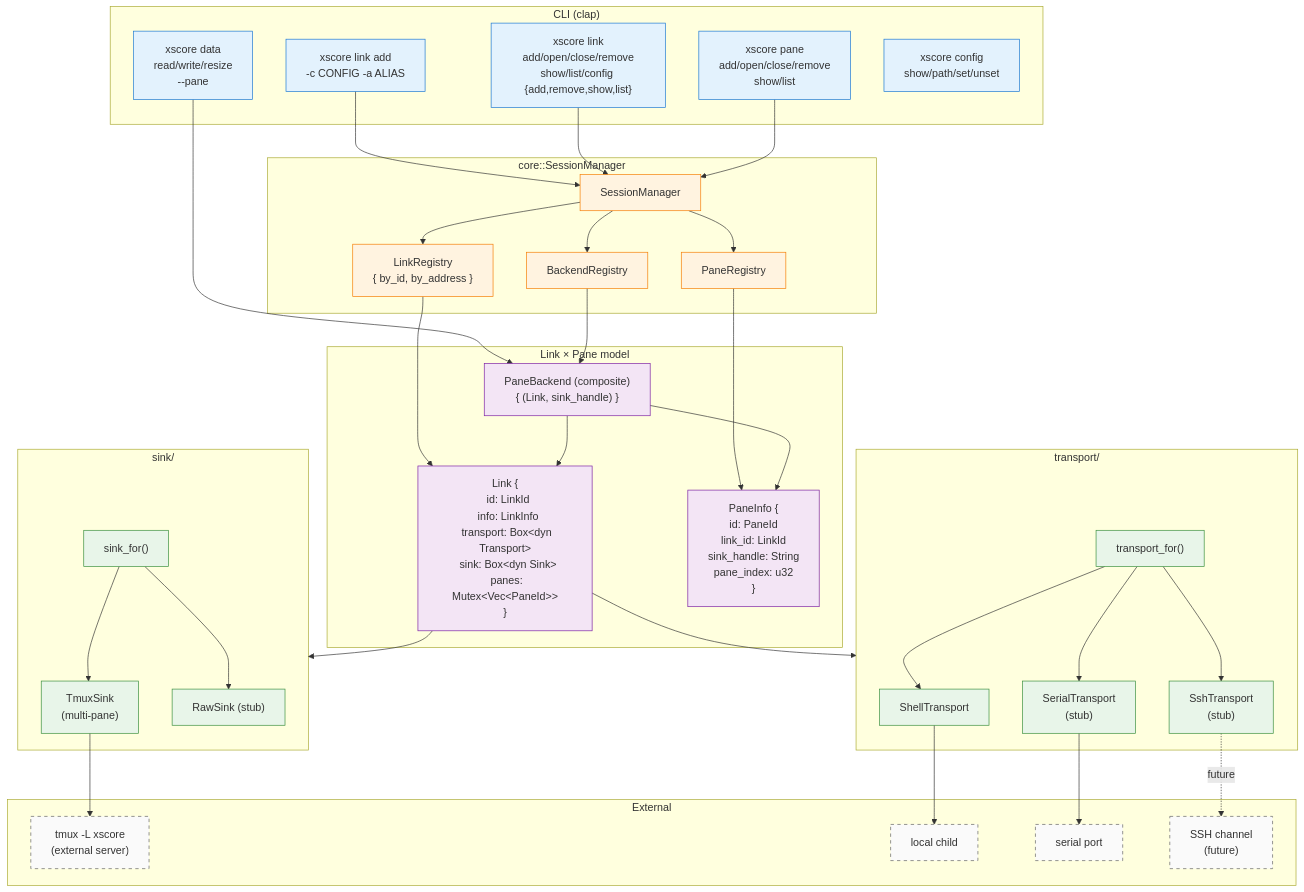
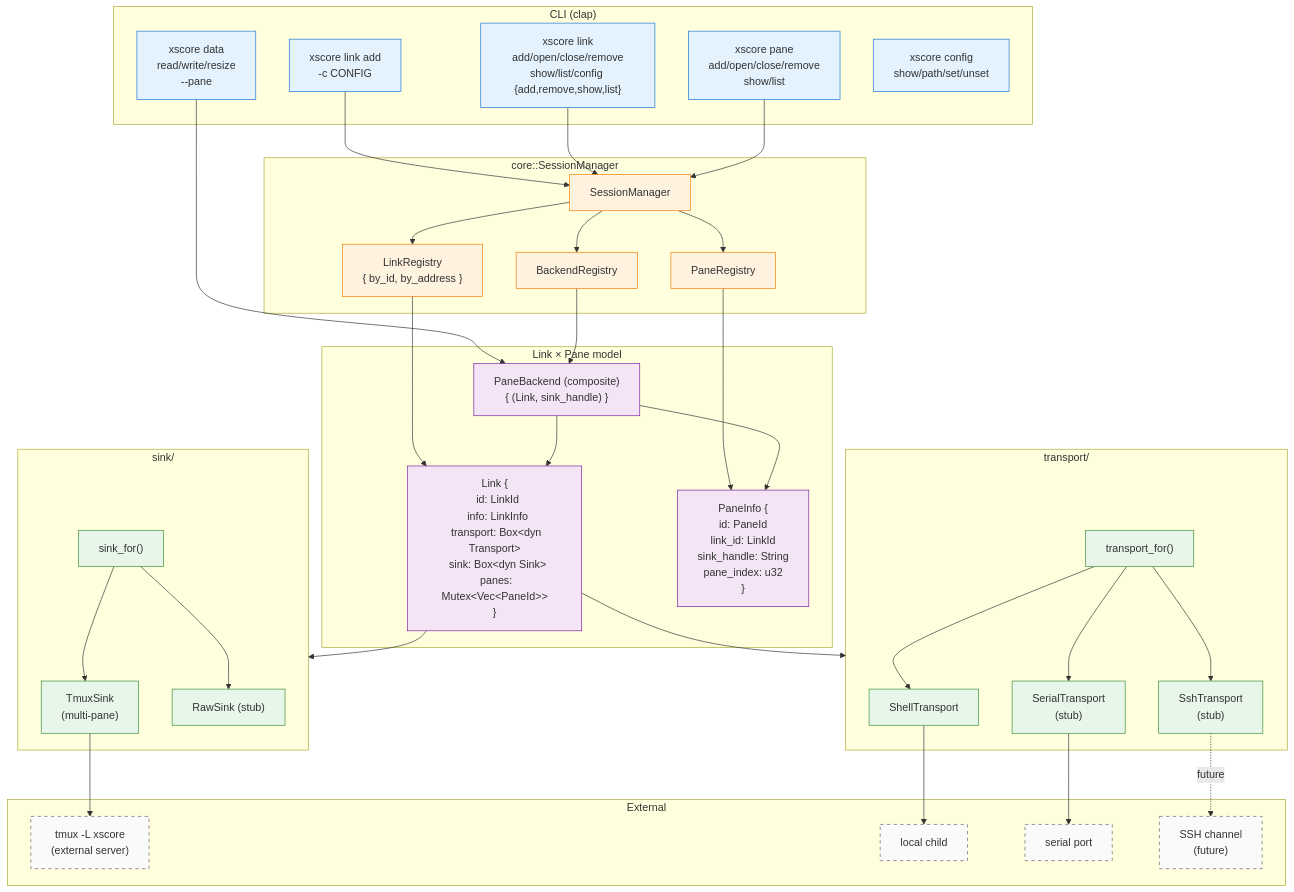
Before and after one commit to xiaoshan1234/xscore: the first of 3 diagrams in doc/dev/architecture/diagrams/README.md, drawn with Mermaid. The commit also changed 9 other files, not shown here.

First line of the commit message:
refactor(cli): drop -a ALIAS from link add; rename link config {alias} -> {name}

````diff
--- a/doc/dev/architecture/diagrams/README.md
+++ b/doc/dev/architecture/diagrams/README.md
@@ -22,81 +22,81 @@
 ```mermaid
 graph TB
     subgraph CLI ["CLI (clap)"]
-        Connect["xscore link add<br/>-c CONFIG -a ALIAS"]
+        Connect["xscore link add<br/>-c CONFIG"]
         LinkCmd["xscore link<br/>add/open/close/remove<br/>show/list/config {add,remove,show,list}"]
         PaneCmd["xscore pane<br/>add/open/close/remove<br/>show/list"]
         DataCmd["xscore data<br/>read/write/resize<br/>--pane"]
         ConfigCmd["xscore config<br/>show/path/set/unset"]
     end
 
     subgraph Core ["core::SessionManager"]
         SM["SessionManager"]
         LR["LinkRegistry<br/>{ by_id, by_address }"]
         PR["PaneRegistry"]
         BR["BackendRegistry"]
     end
 
     subgraph LinkModel ["Link × Pane model"]
         Link["Link {<br/>  id: LinkId<br/>  info: LinkInfo<br/>  transport: Box&lt;dyn Transport&gt;<br/>  sink: Box&lt;dyn Sink&gt;<br/>  panes: Mutex&lt;Vec&lt;PaneId&gt;&gt;<br/>}"]
         Pane["PaneInfo {<br/>  id: PaneId<br/>  link_id: LinkId<br/>  sink_handle: String<br/>  pane_index: u32<br/>}"]
         PB["PaneBackend (composite)<br/>{ (Link, sink_handle) }"]
     end
 
     subgraph TransportLayer ["transport/"]
         TS["ShellTransport"]
         TT["SerialTransport<br/>(stub)"]
         TU["SshTransport<br/>(stub)"]
         TIF["transport_for()"]
     end
 
     subgraph SinkLayer ["sink/"]
         ST["TmuxSink<br/>(multi-pane)"]
         SR["RawSink (stub)"]
         SIF["sink_for()"]
     end
 
     subgraph External ["External"]
         TMUX["tmux -L xscore<br/>(external server)"]
         Shell["local child"]
         Serial["serial port"]
         SSH["SSH channel<br/>(future)"]
     end
 
     Connect --> SM
     LinkCmd --> SM
     PaneCmd --> SM
     DataCmd --> PB
     SM --> LR
     SM --> PR
     SM --> BR
     LR --> Link
     PR --> Pane
     BR --> PB
     Link --> TransportLayer
     Link --> SinkLayer
     PB --> Link
     PB --> Pane
 
     TIF --> TS
     TIF --> TT
     TIF --> TU
     TS --> Shell
     TT --> Serial
     TU -.->|future| SSH
 
     SIF --> ST
     SIF --> SR
     ST --> TMUX
 
     classDef cli fill:#e3f2fd,stroke:#1976d2
     classDef core fill:#fff3e0,stroke:#f57c00
     classDef model fill:#f3e5f5,stroke:#7b1fa2
     classDef layer fill:#e8f5e9,stroke:#388e3c
     classDef external fill:#fafafa,stroke:#616161,stroke-dasharray: 5 5
 
     class Connect,LinkCmd,PaneCmd,DataCmd,ConfigCmd cli
     class SM,LR,PR,BR core
     class Link,Pane,PB model
     class TS,TT,TU,TIF,ST,SR,SIF layer
     class TMUX,Shell,Serial,SSH external
 ```
````
